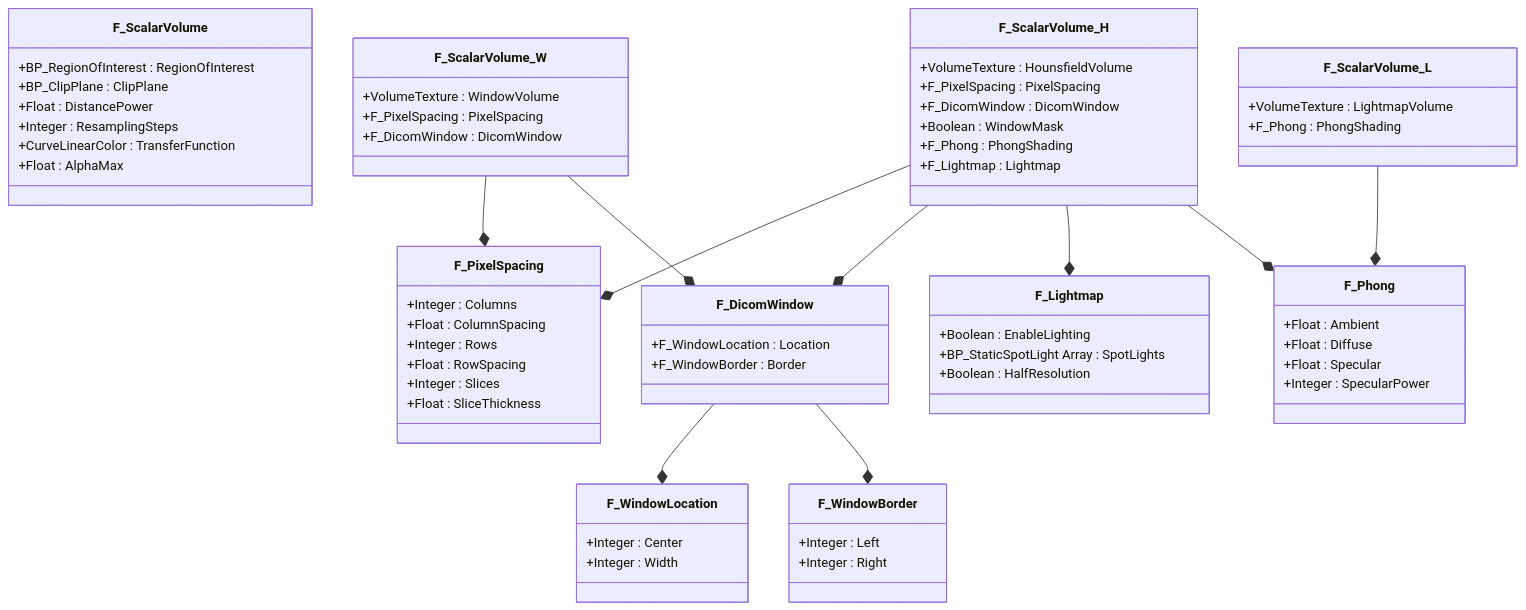
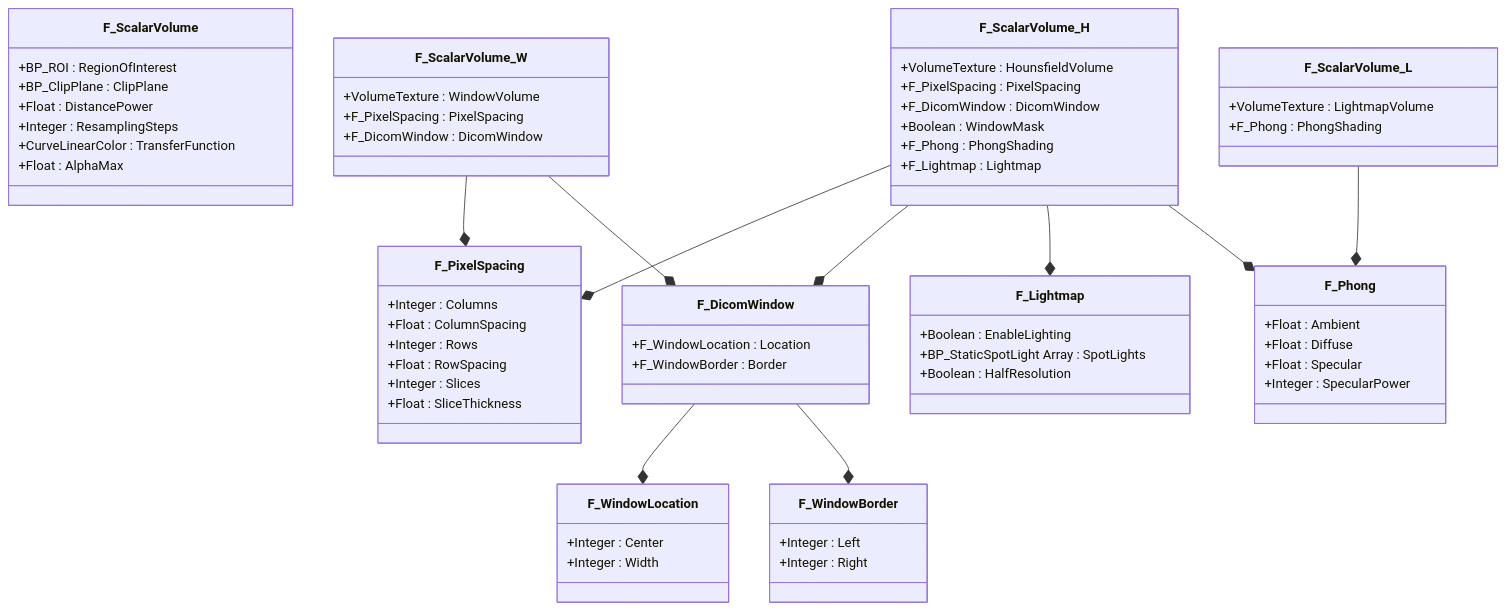
The second of 2 diagrams in README.md (brugr9/UEPluginVolumeCreator), drawn with Mermaid before and after one commit. The commit also changed other lines of this file and 1 other file, not shown here.

````diff
--- a/README.md
+++ b/README.md
@@ -202,72 +209,72 @@
 ```mermaid
 classDiagram
   class F_ScalarVolume{
-    +BP_RegionOfInterest : RegionOfInterest
+    +BP_ROI : RegionOfInterest
     +BP_ClipPlane : ClipPlane
     +Float : DistancePower
     +Integer : ResamplingSteps
     +CurveLinearColor : TransferFunction
     +Float : AlphaMax
   }
   class F_ScalarVolume_H{
     +VolumeTexture : HounsfieldVolume
     +F_PixelSpacing : PixelSpacing
     +F_DicomWindow : DicomWindow
     +Boolean : WindowMask
     +F_Phong : PhongShading
     +F_Lightmap : Lightmap
   }
   class F_ScalarVolume_W{
     +VolumeTexture : WindowVolume
     +F_PixelSpacing : PixelSpacing
     +F_DicomWindow : DicomWindow
   }
   class F_ScalarVolume_L{
     +VolumeTexture : LightmapVolume
     +F_Phong : PhongShading
   }
   class F_PixelSpacing{
     +Integer : Columns
     +Float : ColumnSpacing
     +Integer : Rows
     +Float : RowSpacing
     +Integer : Slices
     +Float : SliceThickness
   }
   class F_DicomWindow{
     +F_WindowLocation : Location
     +F_WindowBorder : Border
   }
   class F_WindowLocation{
     +Integer : Center
     +Integer : Width
   }
   class F_WindowBorder{
     +Integer : Left
     +Integer : Right
   }
   class F_Phong{
     +Float : Ambient
     +Float : Diffuse
     +Float : Specular
     +Integer : SpecularPower
   }
   class F_Lightmap{
     +Boolean : EnableLighting
     +BP_StaticSpotLight Array : SpotLights
     +Boolean : HalfResolution
   }
 
   F_ScalarVolume_H --* F_PixelSpacing
   F_ScalarVolume_H --* F_DicomWindow
   F_ScalarVolume_H --* F_Lightmap
   F_ScalarVolume_H --* F_Phong
 
   F_ScalarVolume_W --* F_PixelSpacing
   F_ScalarVolume_W --* F_DicomWindow
 
   F_ScalarVolume_L --* F_Phong
 
   F_DicomWindow --* F_WindowLocation
   F_DicomWindow --* F_WindowBorder
 ```
````
